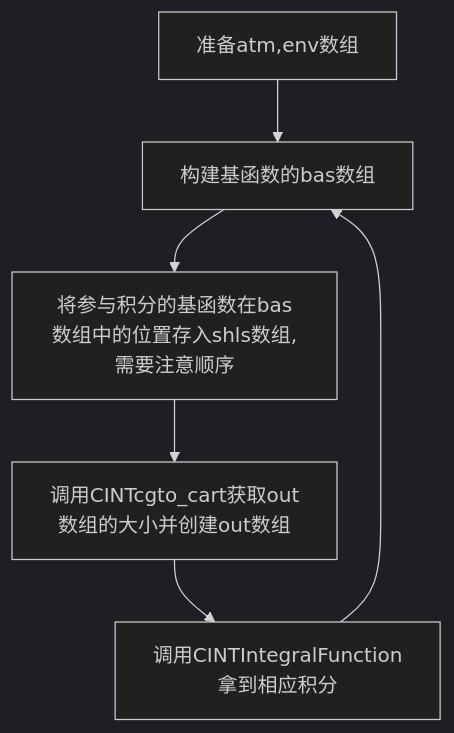
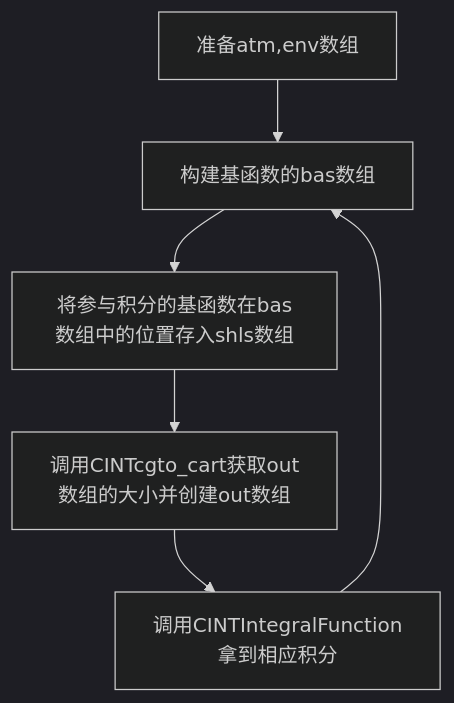
Before and after one commit to chinder753/cintjs: the first of 3 diagrams in doc/data4libcint.md, drawn with Mermaid (dark theme). The commit also changed other lines of this file and 7 other files, not shown here.

````diff
--- a/doc/data4libcint.md
+++ b/doc/data4libcint.md
@@ -18,13 +34,13 @@
 ```mermaid
 flowchart TD
     1[准备atm,env数组];
     2[构建基函数的bas数组];
-    3[将参与积分的基函数在bas数组中的位置存入shls数组,需要注意顺序];
-4[调用CINTcgto_cart获取out数组的大小并创建out数组];
-5[调用CINTIntegralFunction拿到相应积分];
-1 --> 2;
-2 --> 3;
-3 --> 4;
-4 --> 5;
-5 --> 2;
-```
+    3[将参与积分的基函数在bas数组中的位置存入shls数组];
+    4[调用CINTcgto_cart获取out数组的大小并创建out数组];
+    5[调用CINTIntegralFunction拿到相应积分];
+    1 --> 2;
+    2 --> 3;
+    3 --> 4;
+    4 --> 5;
+    5 --> 2;
+``` 
````
